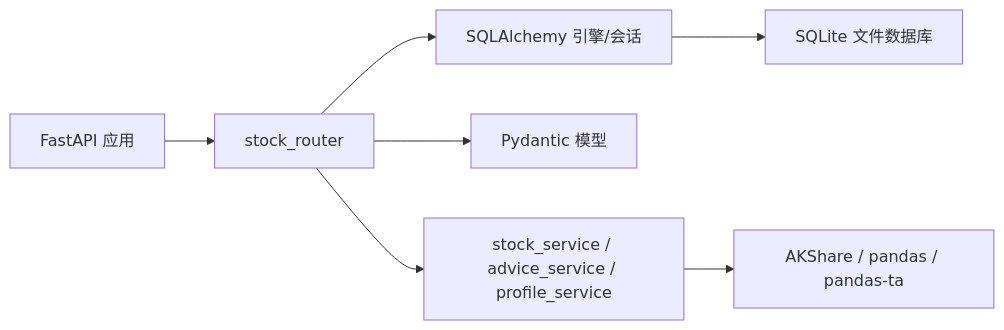
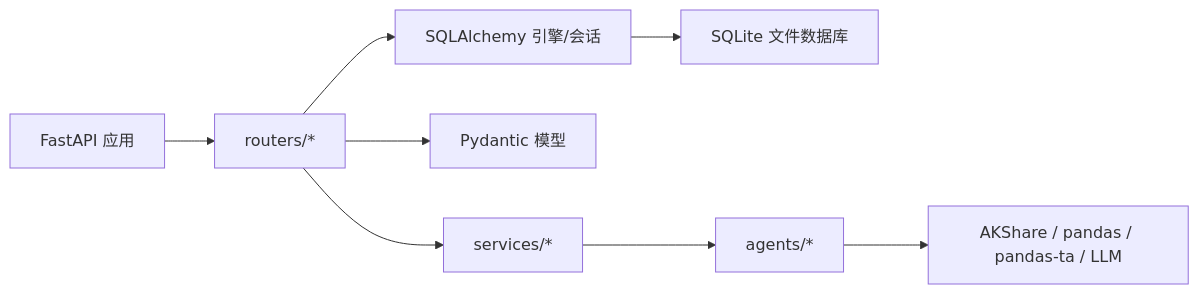
Diagram 11 of 12 in .qoder/repowiki/zh/content/数据模型/数据模型.md (Moruime/stock_foker), drawn with Mermaid before and after one commit. The commit also changed other lines of this file and 52 other files, not shown here.

````diff
--- a/.qoder/repowiki/zh/content/数据模型/数据模型.md
+++ b/.qoder/repowiki/zh/content/数据模型/数据模型.md
@@ -513,9 +637,10 @@
 ```mermaid
 graph LR
-FastAPI["FastAPI 应用"] --> Router["stock_router"]
+FastAPI["FastAPI 应用"] --> Router["routers/*"]
 Router --> DB["SQLAlchemy 引擎/会话"]
 DB --> SQLite["SQLite 文件数据库"]
 Router --> Pydantic["Pydantic 模型"]
-Router --> Services["stock_service / advice_service / profile_service"]
-Services --> External["AKShare / pandas / pandas-ta"]
+Router --> Services["services/*"]
+Services --> Agents["agents/*"]
+Agents --> External["AKShare / pandas / pandas-ta / LLM"]
 ```
````
